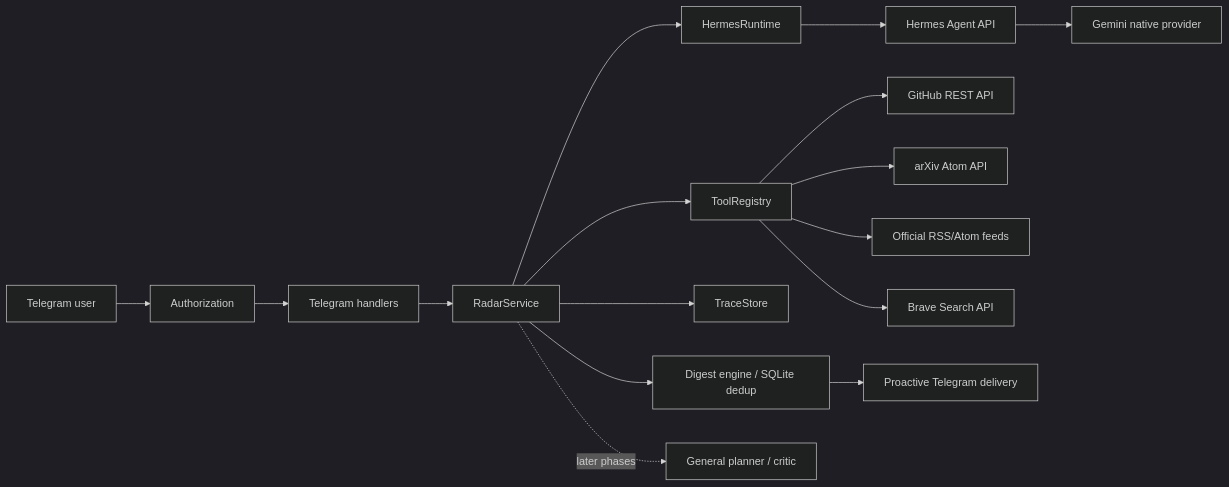
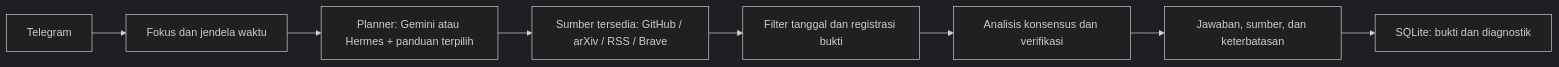
Before and after one commit to Conquer5/Autonomous-AI-Research: the diagram in README.md, drawn with Mermaid (dark theme). The commit also changed other lines of this file and 22 other files, not shown here.

````diff
--- a/README.md
+++ b/README.md
@@ -36,18 +14,10 @@
 ```mermaid
 flowchart LR
-    U[Telegram user] --> A[Authorization]
-    A --> H[Telegram handlers]
-    H --> S[RadarService]
-    S --> HR[HermesRuntime]
-    HR --> HA[Hermes Agent API]
-    HA --> G[Gemini native provider]
-    S --> R[ToolRegistry]
-    R --> GH[GitHub REST API]
-    R --> AX[arXiv Atom API]
-    R --> RSS[Official RSS/Atom feeds]
-    R --> BW[Brave Search API]
-    S --> T[TraceStore]
-    S --> D[Digest engine / SQLite dedup]
-    D --> TG[Proactive Telegram delivery]
-    S -. later phases .-> P[General planner / critic]
+    T[Telegram] --> F[Fokus dan jendela waktu]
+    F --> P[Planner: Gemini atau Hermes + panduan terpilih]
+    P --> S[Sumber tersedia: GitHub / arXiv / RSS / Brave]
+    S --> E[Filter tanggal dan registrasi bukti]
+    E --> V[Analisis konsensus dan verifikasi]
+    V --> A[Jawaban, sumber, dan keterbatasan]
+    A --> DB[SQLite: bukti dan diagnostik]
 ```
````
